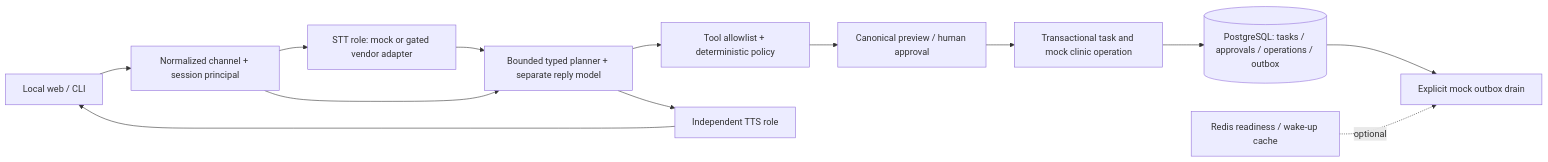
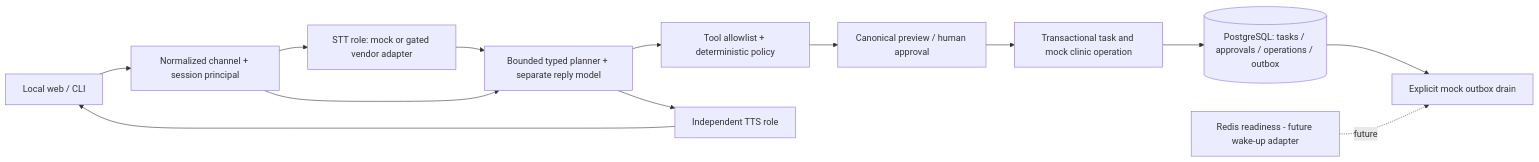
One commit to anirbanhere/Saathi_Home_Agent changed the diagram in docs/architecture.md. Above: the diagram before and after it, drawn with Mermaid. The commit also changed 15 other files, not shown here.

````diff
--- a/docs/architecture.md
+++ b/docs/architecture.md
@@ -5,15 +5,15 @@
 ```mermaid
 flowchart LR
   W[Local web / CLI] --> C[Normalized channel + session principal]
   C --> S[STT role: mock or gated vendor adapter]
   S --> R[Bounded typed planner + separate reply model]
   C --> R
   R --> P[Tool allowlist + deterministic policy]
   P --> A[Canonical preview / human approval]
   A --> T[Transactional task and mock clinic operation]
   T --> DB[(PostgreSQL: tasks / approvals / operations / outbox)]
   DB --> O[Explicit mock outbox drain]
   R --> V[Independent TTS role]
   V --> W
-  Q[Redis readiness / wake-up cache] -. optional .-> O
+  Q[Redis readiness - future wake-up adapter] -. future .-> O
 ```
````
